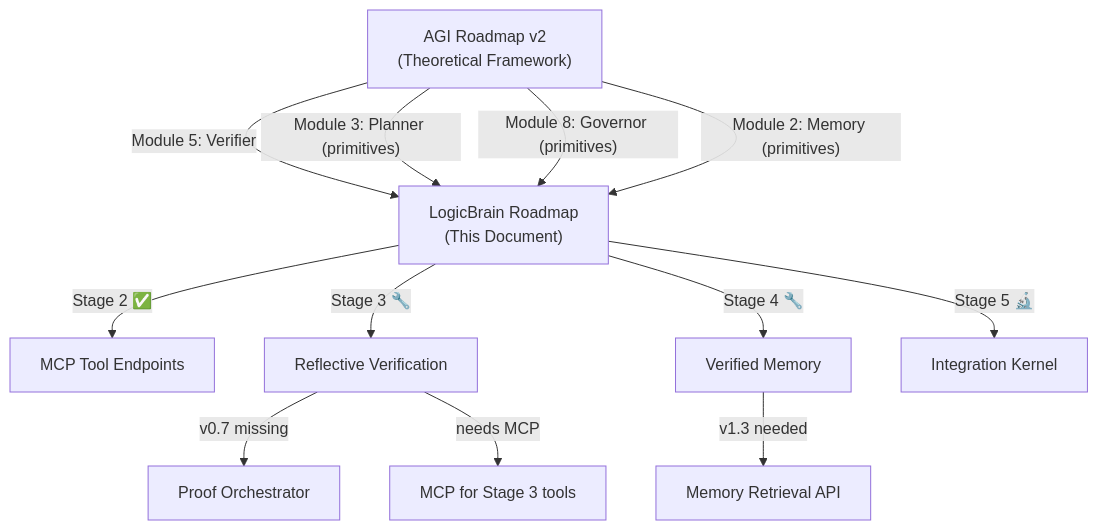
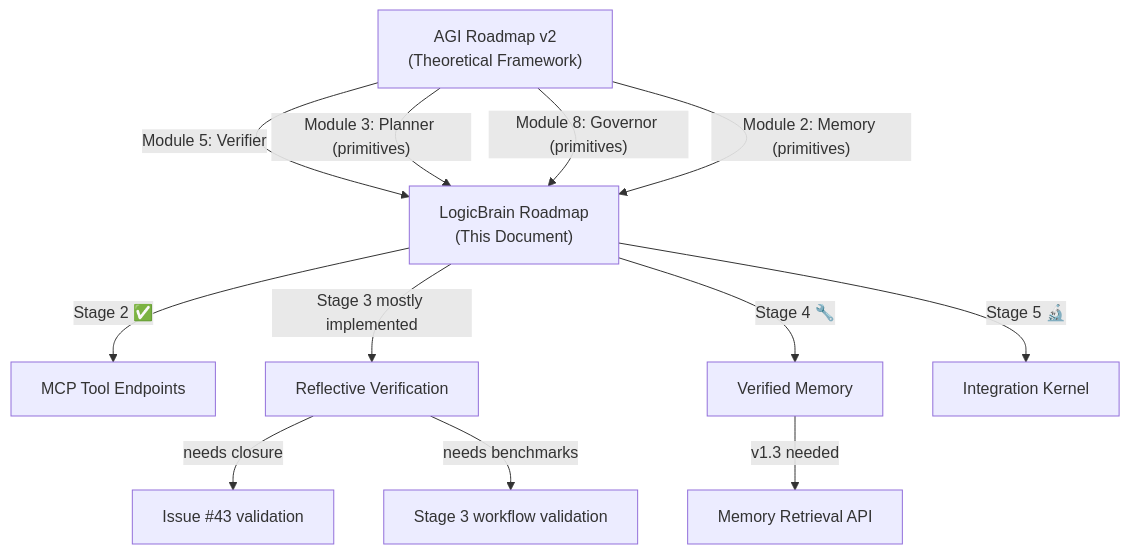
The diagram in docs/logicbrain_development_roadmap.md (ThisIsBad/logos), drawn with Mermaid before and after one commit. The commit also changed other lines of this file and 15 other files, not shown here.

Commit message:
Add proof-carrying action bus for MCP workflows (closes #43)

````diff
--- a/docs/logicbrain_development_roadmap.md
+++ b/docs/logicbrain_development_roadmap.md
@@ -174,19 +181,19 @@
 ```mermaid
 graph TD
     AGI["AGI Roadmap v2<br/>(Theoretical Framework)"]
     LB["LogicBrain Roadmap<br/>(This Document)"]
     
     AGI -->|"Module 5: Verifier"| LB
     AGI -->|"Module 3: Planner (primitives)"| LB
     AGI -->|"Module 8: Governor (primitives)"| LB
     AGI -->|"Module 2: Memory (primitives)"| LB
     
     LB -->|"Stage 2 ✅"| S2["MCP Tool Endpoints"]
-    LB -->|"Stage 3 🔧"| S3["Reflective Verification"]
+    LB -->|"Stage 3 mostly implemented"| S3["Reflective Verification"]
     LB -->|"Stage 4 🔧"| S4["Verified Memory"]
     LB -->|"Stage 5 🔬"| S5["Integration Kernel"]
     
-    S3 -->|"v0.7 missing"| V7["Proof Orchestrator"]
-    S3 -->|"needs MCP"| MCP3["MCP for Stage 3 tools"]
+    S3 -->|"needs closure"| V7["Issue #43 validation"]
+    S3 -->|"needs benchmarks"| MCP3["Stage 3 workflow validation"]
     S4 -->|"v1.3 needed"| V13["Memory Retrieval API"]
 ```
````
